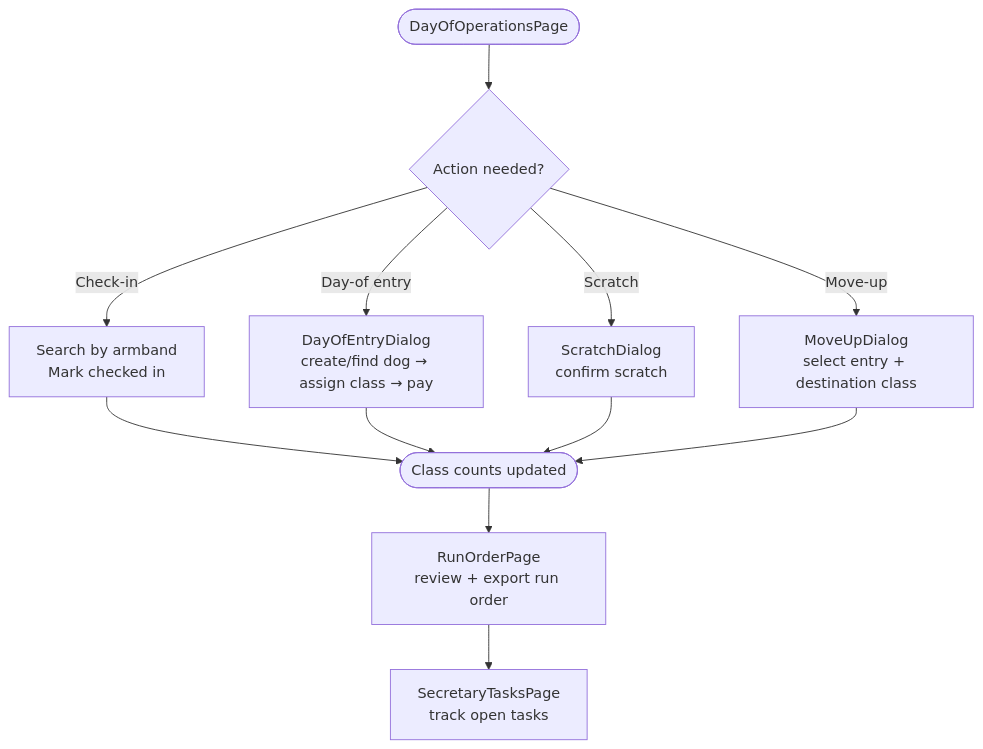
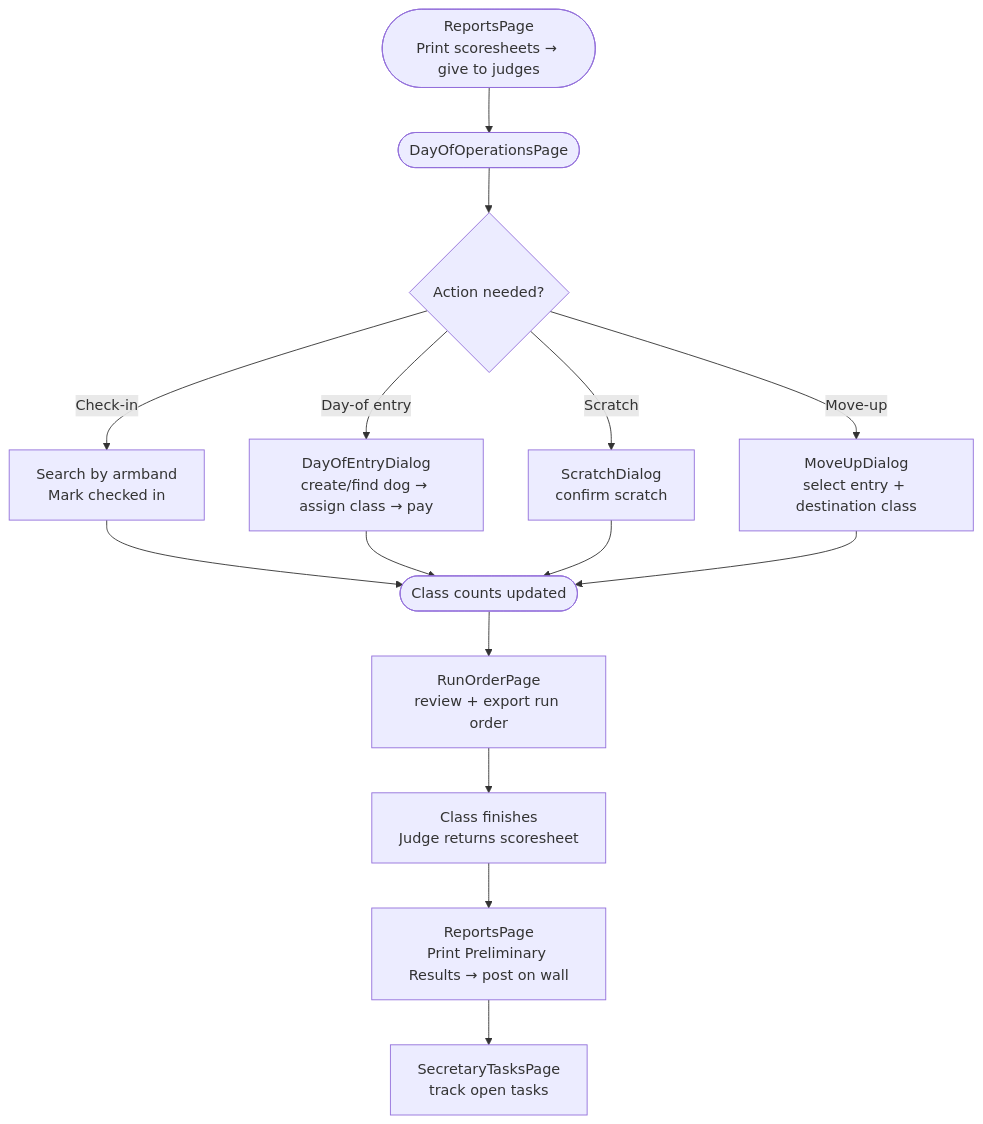
The third of 4 diagrams in docs/journeys/secretary.md (rbeezley/myk9-platform), drawn with Mermaid before and after one commit. The commit also changed other lines of this file and 3 other files, not shown here.

````diff
--- a/docs/journeys/secretary.md
+++ b/docs/journeys/secretary.md
@@ -109,14 +111,17 @@
 ```mermaid
 flowchart TD
-    A([DayOfOperationsPage]) --> B{Action needed?}
-    B -- Check-in --> C[Search by armband\nMark checked in]
-    B -- Day-of entry --> D[DayOfEntryDialog\ncreate/find dog → assign class → pay]
-    B -- Scratch --> E[ScratchDialog\nconfirm scratch]
-    B -- Move-up --> F[MoveUpDialog\nselect entry + destination class]
-    C --> G([Class counts updated])
-    D --> G
-    E --> G
-    F --> G
-    G --> H[RunOrderPage\nreview + export run order]
-    H --> I[SecretaryTasksPage\ntrack open tasks]
+    A([ReportsPage\nPrint scoresheets → give to judges]) --> B([DayOfOperationsPage])
+    B --> C{Action needed?}
+    C -- Check-in --> D[Search by armband\nMark checked in]
+    C -- Day-of entry --> E[DayOfEntryDialog\ncreate/find dog → assign class → pay]
+    C -- Scratch --> F[ScratchDialog\nconfirm scratch]
+    C -- Move-up --> G[MoveUpDialog\nselect entry + destination class]
+    D --> H([Class counts updated])
+    E --> H
+    F --> H
+    G --> H
+    H --> I[RunOrderPage\nreview + export run order]
+    I --> J[Class finishes\nJudge returns scoresheet]
+    J --> K[ReportsPage\nPrint Preliminary Results → post on wall]
+    K --> L[SecretaryTasksPage\ntrack open tasks]
 ```
````
